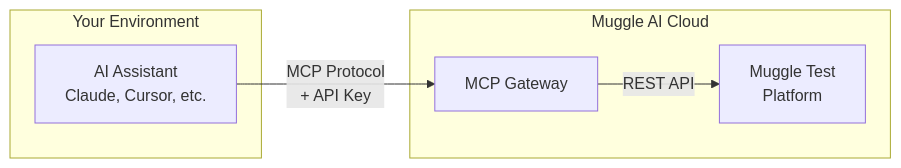
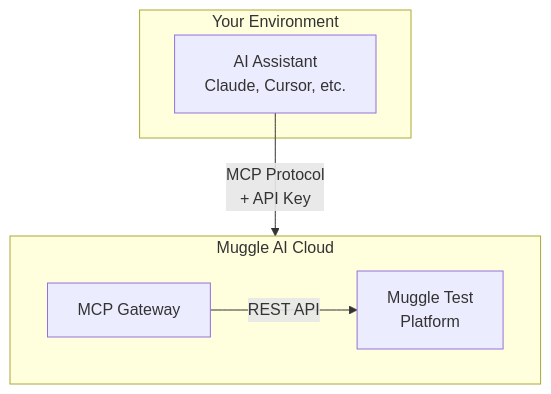
One commit to multiplex-ai/muggle-ai-docs changed the diagram in mcp/overview.md. Above: the diagram before and after it, drawn with Mermaid.

Commit message:
docs: modify flowchart direction in MCP overview for improved visual clarity and organization

````diff
--- a/mcp/overview.md
+++ b/mcp/overview.md
@@ -15,14 +15,15 @@
 ```mermaid
-flowchart LR
+flowchart TB
     subgraph Your Environment
         A[AI Assistant<br/>Claude, Cursor, etc.]
     end
     
     subgraph Muggle AI Cloud
+        direction LR
         B[MCP Gateway]
         C[Muggle Test<br/>Platform]
     end
     
     A -->|MCP Protocol<br/>+ API Key| B
     B -->|REST API| C
 ```
````
